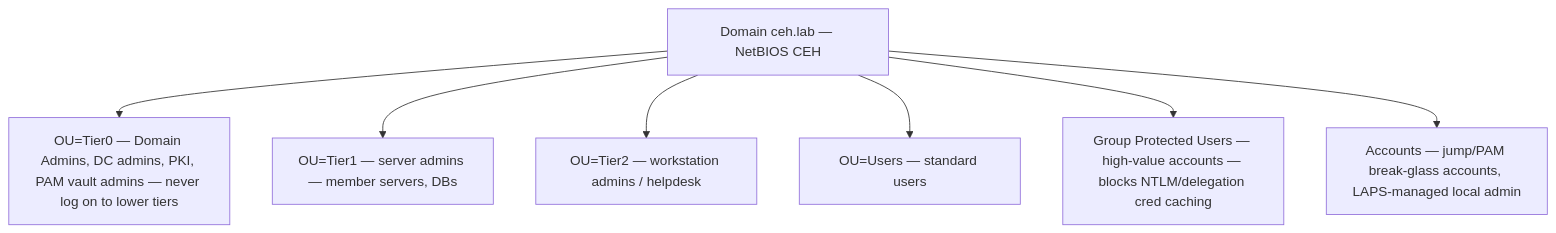
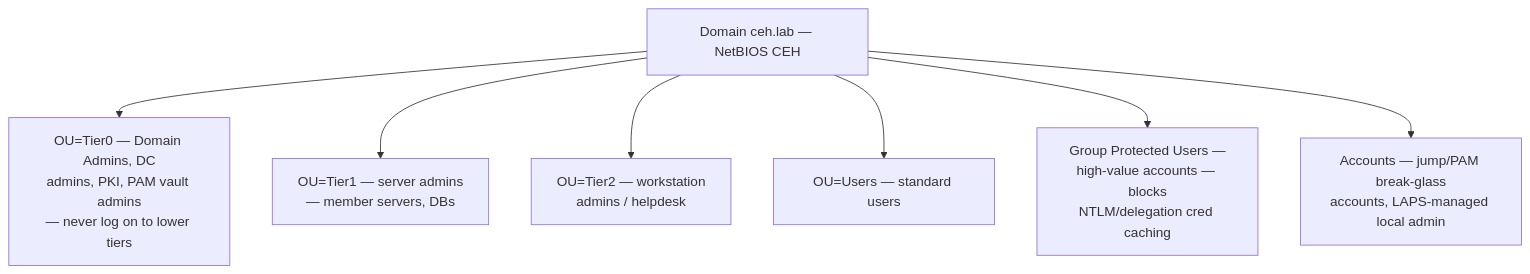
Before and after one commit to morandeirachema/CyberCerts: the second of 2 diagrams in certs/ceh/labs/topology.md, drawn with Mermaid. The commit also changed other lines of this file and 106 other files, not shown here.

````diff
--- a/certs/ceh/labs/topology.md
+++ b/certs/ceh/labs/topology.md
@@ -42,16 +42,16 @@
 ```mermaid
 flowchart TD
     D["Domain ceh.lab — NetBIOS CEH"]
-    T0["OU=Tier0 — Domain Admins, DC admins, PKI, PAM vault admins — never log on to lower tiers"]
-    T1["OU=Tier1 — server admins — member servers, DBs"]
-    T2["OU=Tier2 — workstation admins / helpdesk"]
+    T0["OU=Tier0 — Domain Admins, DC<br/>admins, PKI, PAM vault admins<br/>— never log on to lower tiers"]
+    T1["OU=Tier1 — server admins<br/>— member servers, DBs"]
+    T2["OU=Tier2 — workstation<br/>admins / helpdesk"]
     U["OU=Users — standard users"]
-    PU["Group Protected Users — high-value accounts — blocks NTLM/delegation cred caching"]
-    ACC["Accounts — jump/PAM break-glass accounts, LAPS-managed local admin"]
+    PU["Group Protected Users —<br/>high-value accounts — blocks<br/>NTLM/delegation cred caching"]
+    ACC["Accounts — jump/PAM break-glass<br/>accounts, LAPS-managed local admin"]
     D --> T0
     D --> T1
     D --> T2
     D --> U
     D --> PU
     D --> ACC
 ```
````
